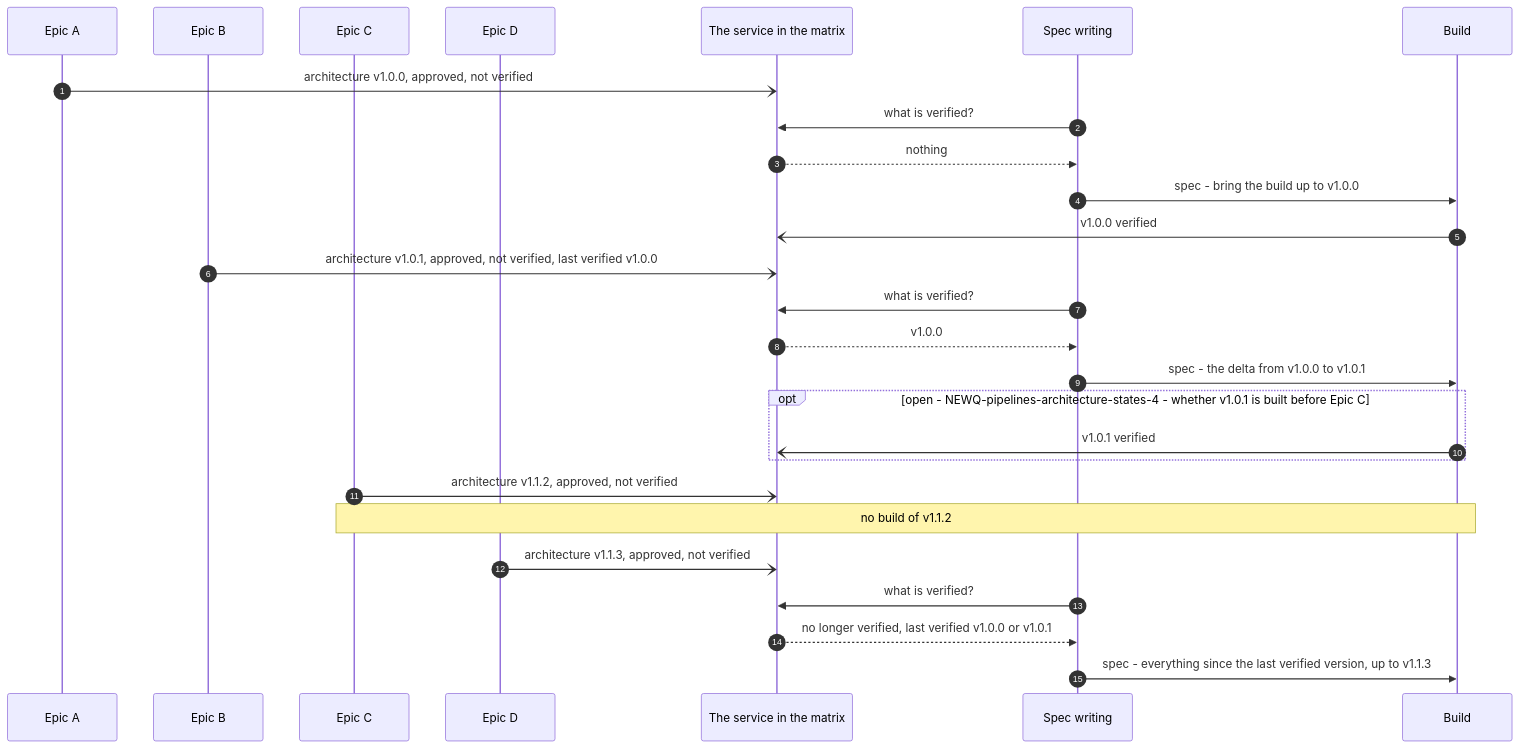
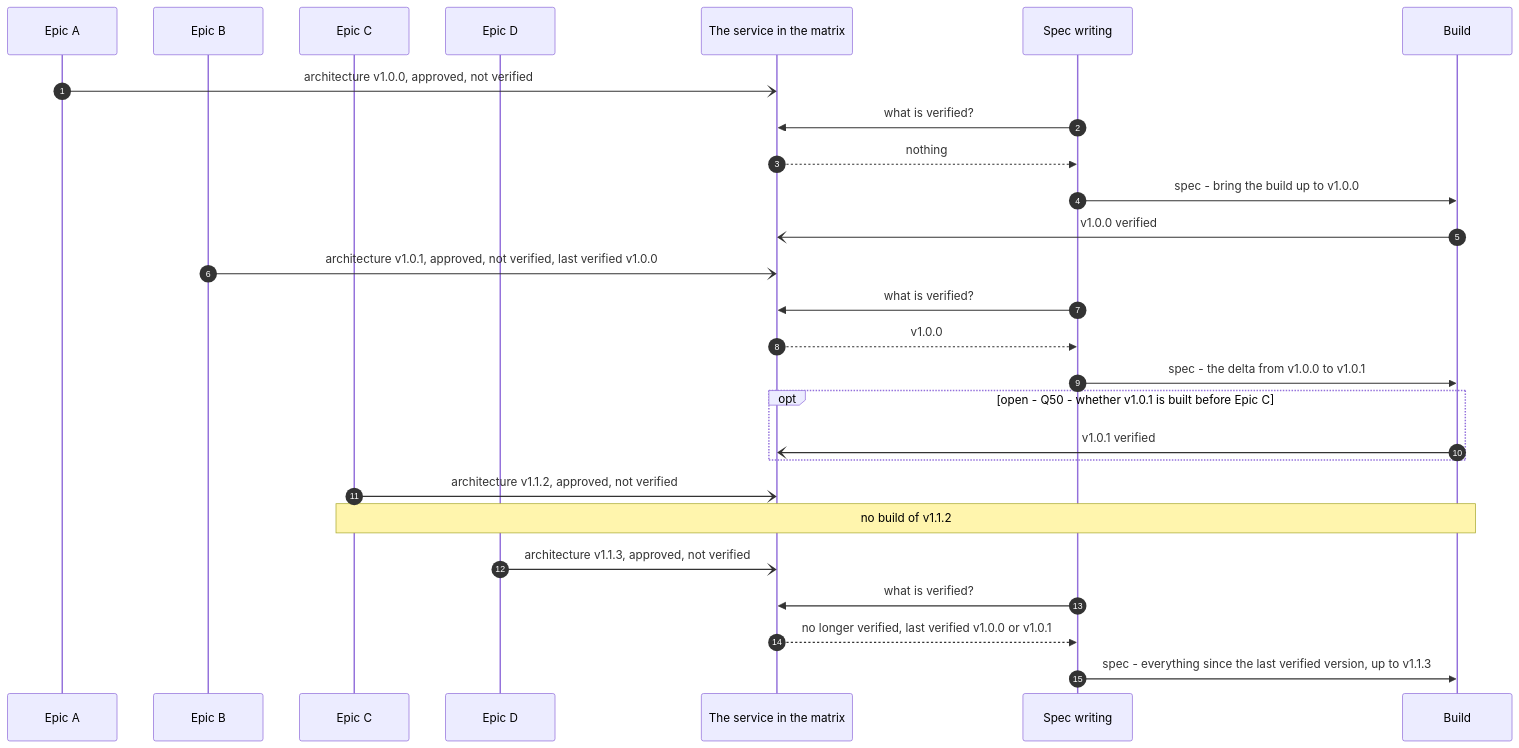
One commit to mark-satterfield/toolset changed the fifth of 5 diagrams in plugins/agent-teams-workforce/blueprint/design/pipelines-architecture-states.md. Above: the diagram before and after it, drawn with Mermaid. The commit also changed other lines of this file and 7 other files, not shown here.

````diff
--- a/plugins/agent-teams-workforce/blueprint/design/pipelines-architecture-states.md
+++ b/plugins/agent-teams-workforce/blueprint/design/pipelines-architecture-states.md
@@ -226,30 +226,30 @@
 ```mermaid
 sequenceDiagram
     autonumber
     participant A as Epic A
     participant B as Epic B
     participant C as Epic C
     participant D as Epic D
     participant SVC as The service in the matrix
     participant SP as Spec writing
     participant BU as Build
 
     A-)SVC: architecture v1.0.0, approved, not verified
     SP->>SVC: what is verified?
     SVC-->>SP: nothing
     SP->>BU: spec - bring the build up to v1.0.0
     BU-)SVC: v1.0.0 verified
     B-)SVC: architecture v1.0.1, approved, not verified, last verified v1.0.0
     SP->>SVC: what is verified?
     SVC-->>SP: v1.0.0
     SP->>BU: spec - the delta from v1.0.0 to v1.0.1
-    opt open - NEWQ-pipelines-architecture-states-4 - whether v1.0.1 is built before Epic C
+    opt open - Q50 - whether v1.0.1 is built before Epic C
         BU-)SVC: v1.0.1 verified
     end
     C-)SVC: architecture v1.1.2, approved, not verified
     Note over C,BU: no build of v1.1.2
     D-)SVC: architecture v1.1.3, approved, not verified
     SP->>SVC: what is verified?
     SVC-->>SP: no longer verified, last verified v1.0.0 or v1.0.1
     SP->>BU: spec - everything since the last verified version, up to v1.1.3
 ```
````
